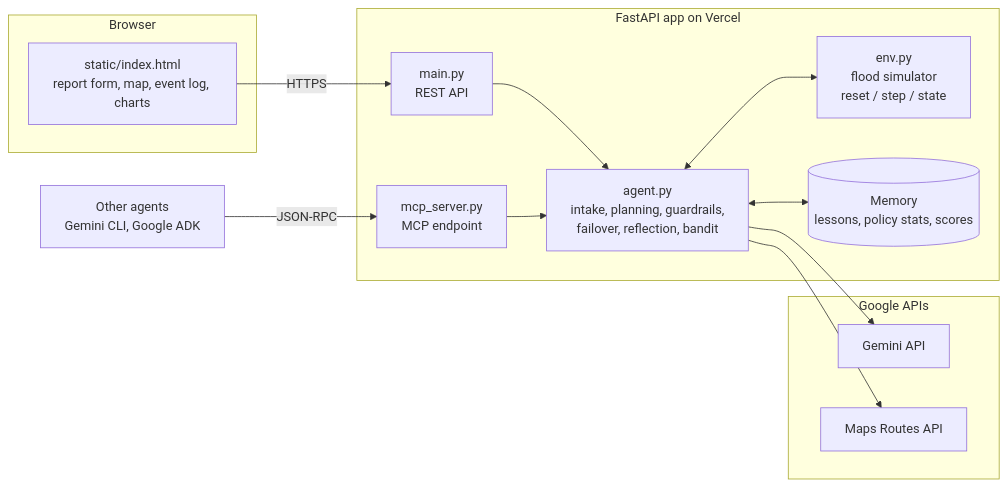
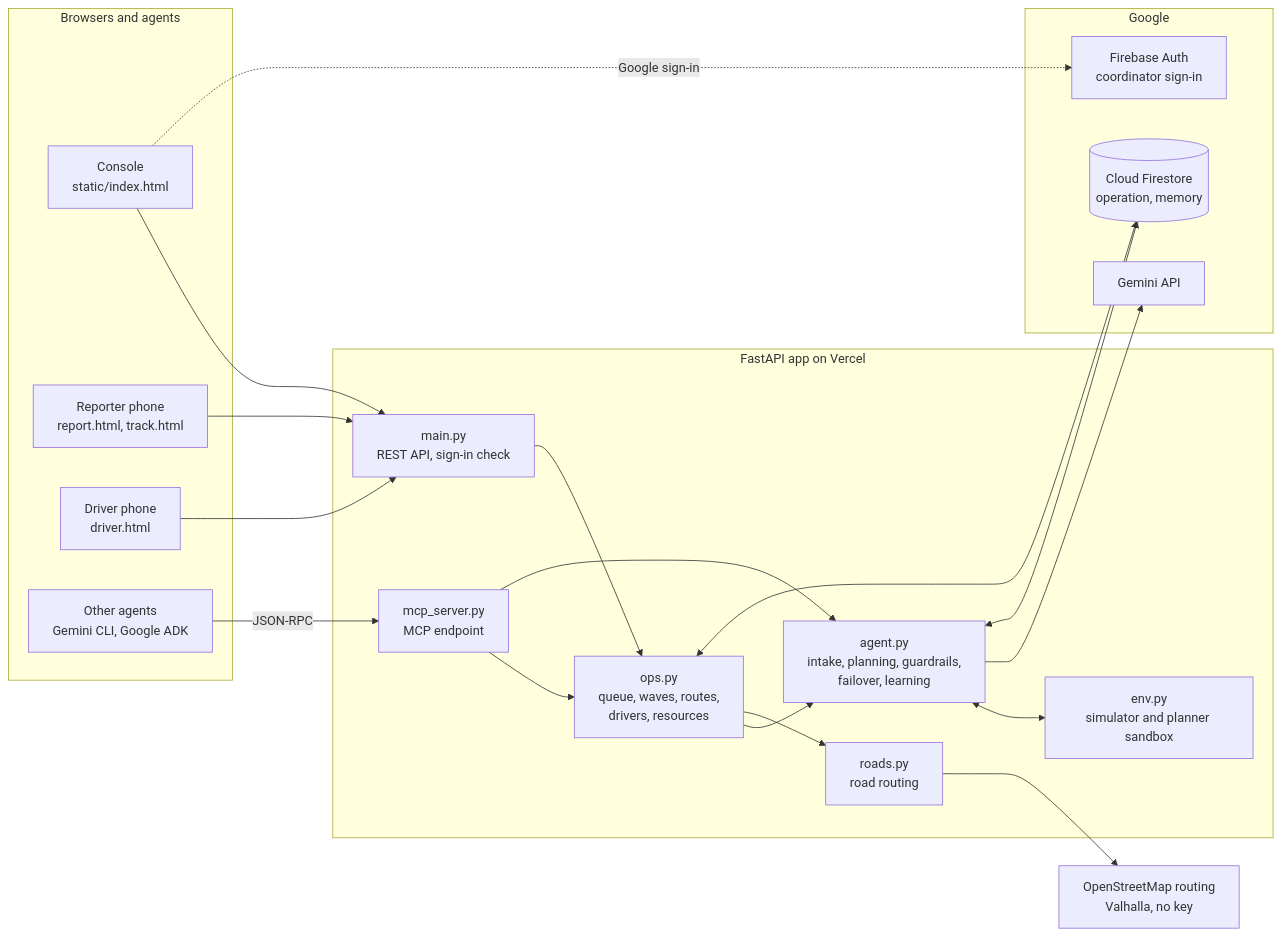
One commit to Pranav-0710/reliefroute changed the third of 3 diagrams in README.md. Above: the diagram before and after it, drawn with Mermaid. The commit also changed other lines of this file and 15 other files, not shown here.

Commit message:
Real dispatch loop: road routes on OpenStreetMap, driver pages, field feedback learning, editable depots and fleet, request tracking, duplicate merging, coordinator sign-in

````diff
--- a/README.md
+++ b/README.md
@@ -119,26 +161,38 @@
 ```mermaid
 flowchart LR
-    subgraph Client["Browser"]
-        UI["static/index.html<br/>report form, map, event log, charts"]
+    subgraph Clients["Browsers and agents"]
+        UI["Console<br/>static/index.html"]
+        PH["Reporter phone<br/>report.html, track.html"]
+        DRV["Driver phone<br/>driver.html"]
+        EXT["Other agents<br/>Gemini CLI, Google ADK"]
     end
-    EXT["Other agents<br/>Gemini CLI, Google ADK"]
     subgraph Server["FastAPI app on Vercel"]
-        API["main.py<br/>REST API"]
+        API["main.py<br/>REST API, sign-in check"]
         MCP["mcp_server.py<br/>MCP endpoint"]
-        AG["agent.py<br/>intake, planning, guardrails,<br/>failover, reflection, bandit"]
-        SIM["env.py<br/>flood simulator<br/>reset / step / state"]
-        MEM[("Memory<br/>lessons, policy stats, scores")]
+        OPS["ops.py<br/>queue, waves, routes,<br/>drivers, resources"]
+        AG["agent.py<br/>intake, planning, guardrails,<br/>failover, learning"]
+        SIM["env.py<br/>simulator and planner sandbox"]
+        RD["roads.py<br/>road routing"]
     end
-    subgraph Google["Google APIs"]
+    subgraph Google["Google"]
         GEM["Gemini API"]
-        ROUTES["Maps Routes API"]
+        FS[("Cloud Firestore<br/>operation, memory")]
+        FA["Firebase Auth<br/>coordinator sign-in"]
     end
-    UI -->|HTTPS| API
+    OSM["OpenStreetMap routing<br/>Valhalla, no key"]
+    UI --> API
+    PH --> API
+    DRV --> API
     EXT -->|JSON-RPC| MCP
-    API --> AG
+    UI -.->|Google sign-in| FA
+    API --> OPS
+    MCP --> OPS
     MCP --> AG
+    OPS --> AG
+    OPS --> RD
     AG <--> SIM
-    AG <--> MEM
     AG --> GEM
-    AG --> ROUTES
+    OPS <--> FS
+    AG <--> FS
+    RD --> OSM
 ```
````
